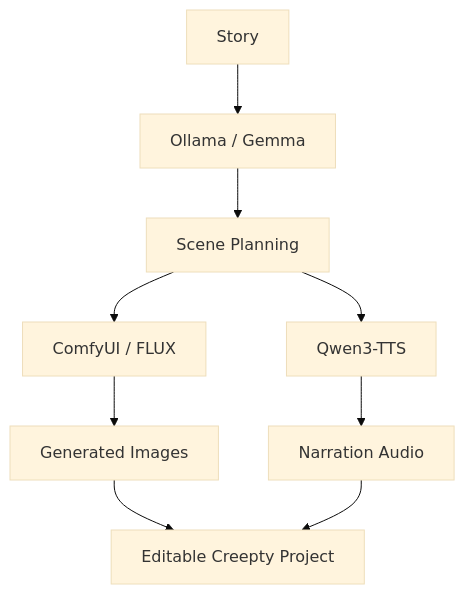
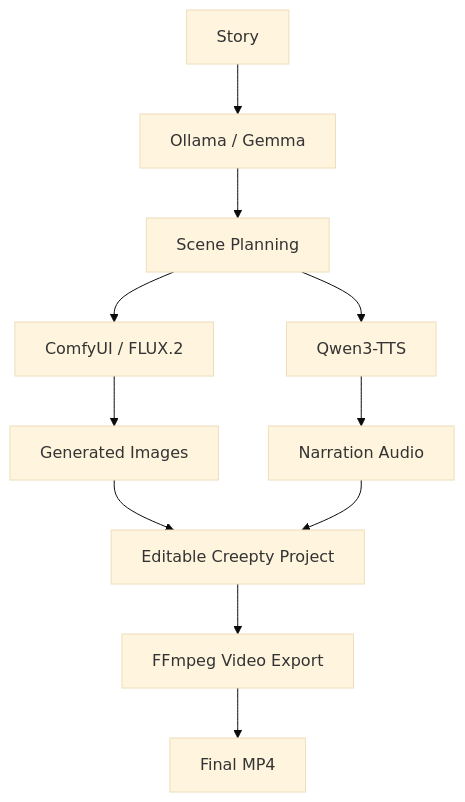
The diagram in README.md (slavastafiyuk/Creepty), drawn with Mermaid (base theme) before and after one commit. The commit also changed other lines of this file, not shown here.

First line of the commit message:
Update readme: Implement video export feature with FFmpeg

````diff
--- a/README.md
+++ b/README.md
@@ -24,14 +26,25 @@
 ```mermaid
+
+
 flowchart TD
+
     A[Story] --> B[Ollama / Gemma]
+
     B --> C[Scene Planning]
 
-    C --> D[ComfyUI / FLUX]
+    C --> D[ComfyUI / FLUX.2]
+
     C --> E[Qwen3-TTS]
 
     D --> F[Generated Images]
+
     E --> G[Narration Audio]
 
     F --> H[Editable Creepty Project]
+
     G --> H
+
+    H --> I[FFmpeg Video Export]
+
+    I --> J[Final MP4]
 ```
````
